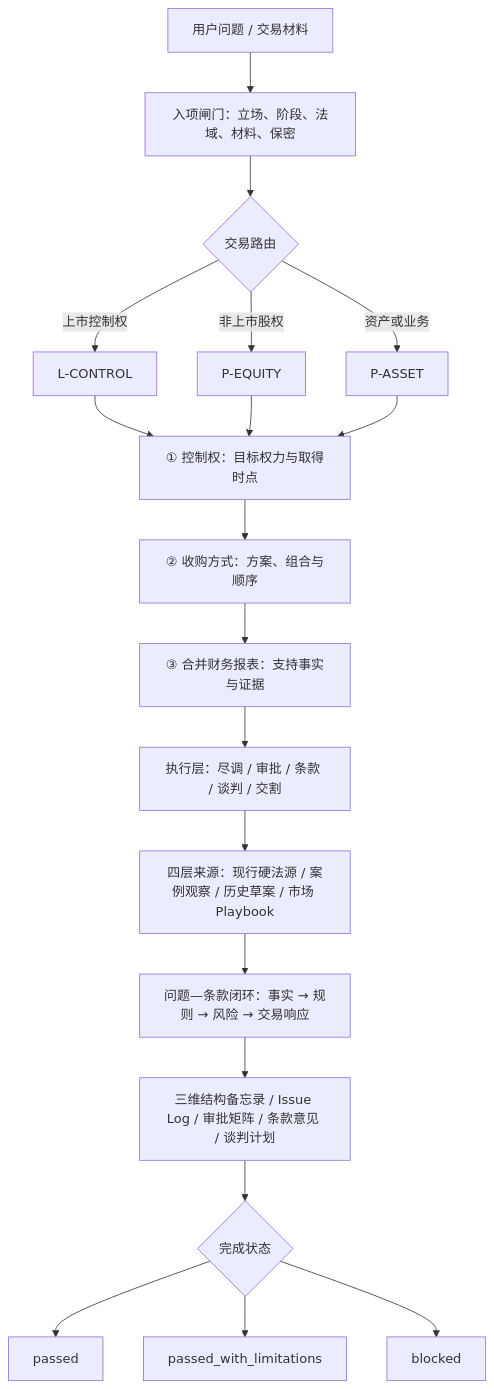
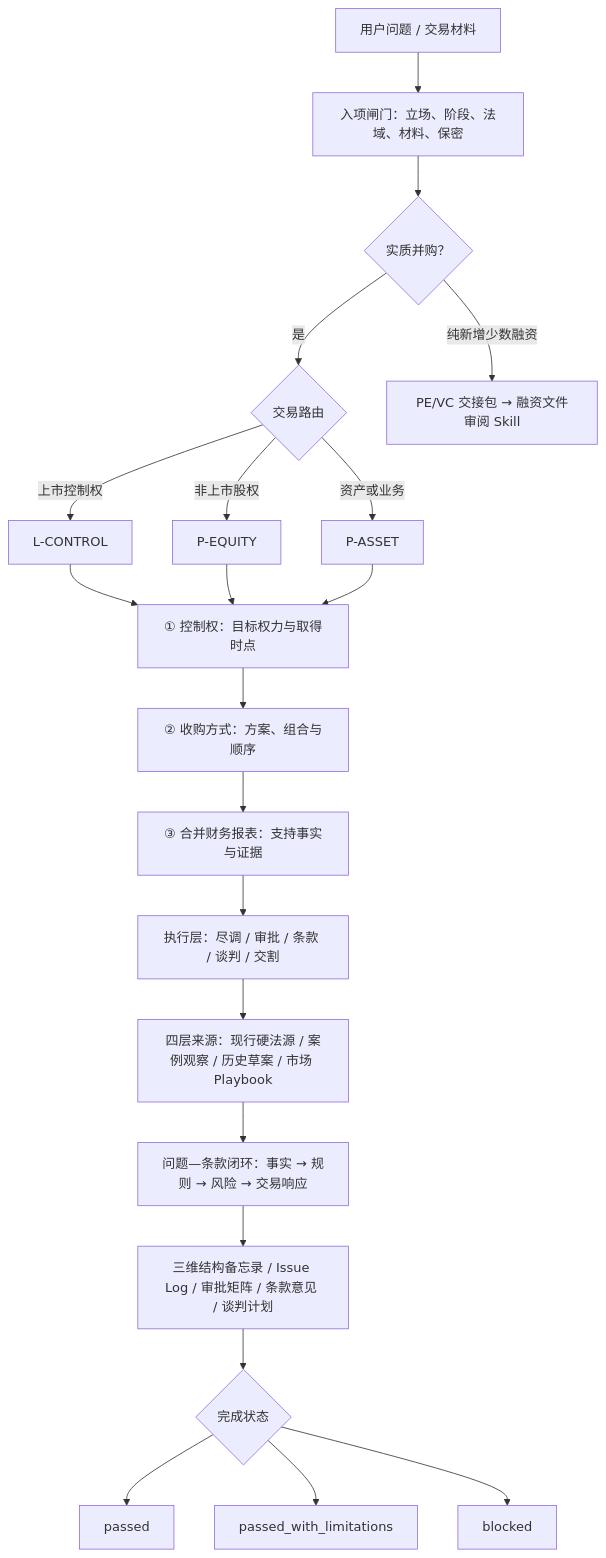
One commit to zhy1126/Cross-border-M-and-A-Investment changed the diagram in README.md. Above: the diagram before and after it, drawn with Mermaid. The commit also changed other lines of this file and 5 other files, not shown here.

````diff
--- a/README.md
+++ b/README.md
@@ -58,21 +58,23 @@
 ```mermaid
 flowchart TD
     A["用户问题 / 交易材料"] --> B["入项闸门：立场、阶段、法域、材料、保密"]
-    B --> C{"交易路由"}
+    B --> X{"实质并购？"}
+    X -->|"是"| C{"交易路由"}
+    X -->|"纯新增少数融资"| V["PE/VC 交接包 → 融资文件审阅 Skill"]
     C -->|"上市控制权"| L["L-CONTROL"]
     C -->|"非上市股权"| P["P-EQUITY"]
     C -->|"资产或业务"| Q["P-ASSET"]
     L --> K1["① 控制权：目标权力与取得时点"]
     P --> K1
     Q --> K1
     K1 --> K2["② 收购方式：方案、组合与顺序"]
     K2 --> K3["③ 合并财务报表：支持事实与证据"]
     K3 --> D["执行层：尽调 / 审批 / 条款 / 谈判 / 交割"]
     D --> E["四层来源：现行硬法源 / 案例观察 / 历史草案 / 市场 Playbook"]
     E --> F["问题—条款闭环：事实 → 规则 → 风险 → 交易响应"]
     F --> G["三维结构备忘录 / Issue Log / 审批矩阵 / 条款意见 / 谈判计划"]
     G --> H{"完成状态"}
     H --> H1["passed"]
     H --> H2["passed_with_limitations"]
     H --> H3["blocked"]
 ```
````
